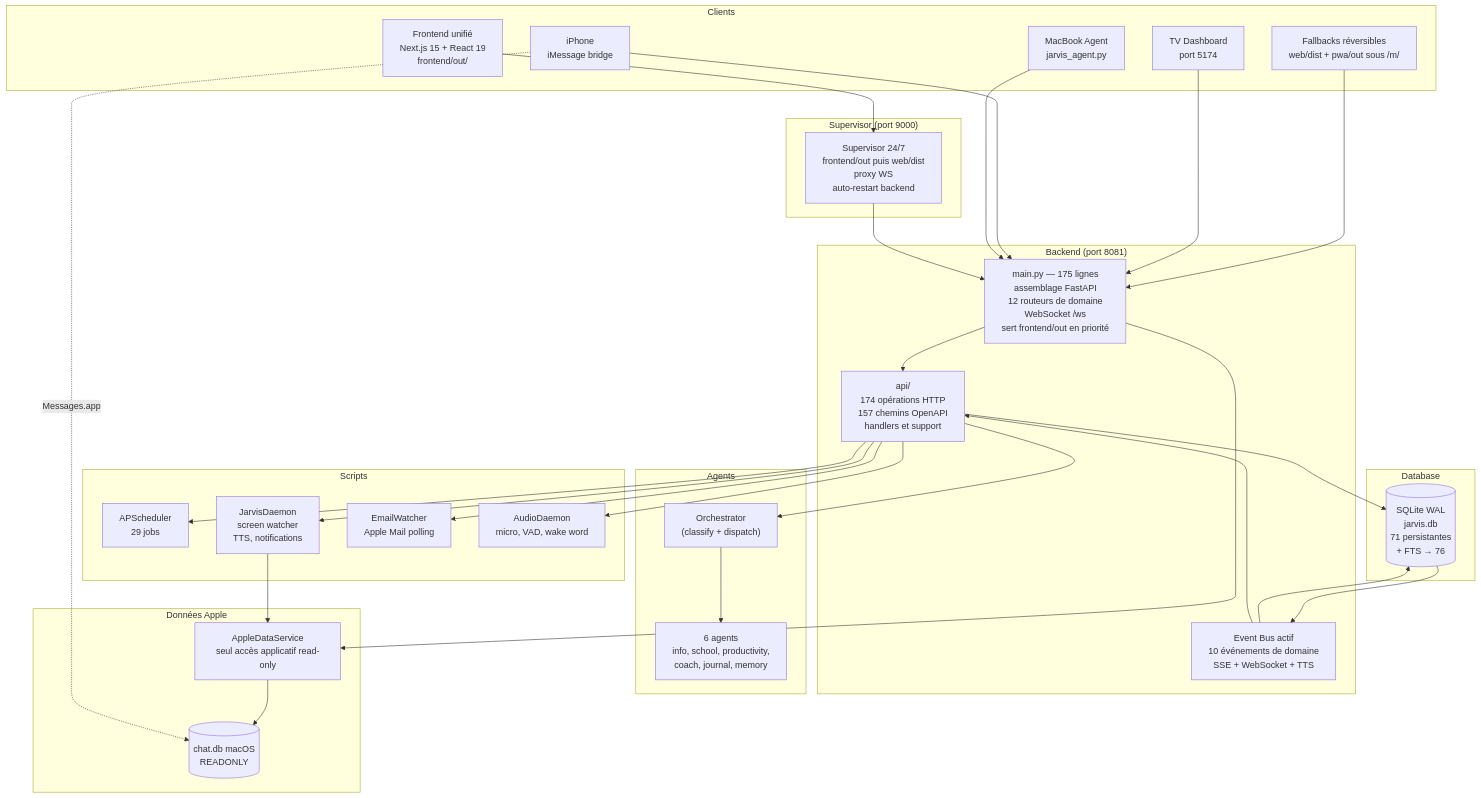
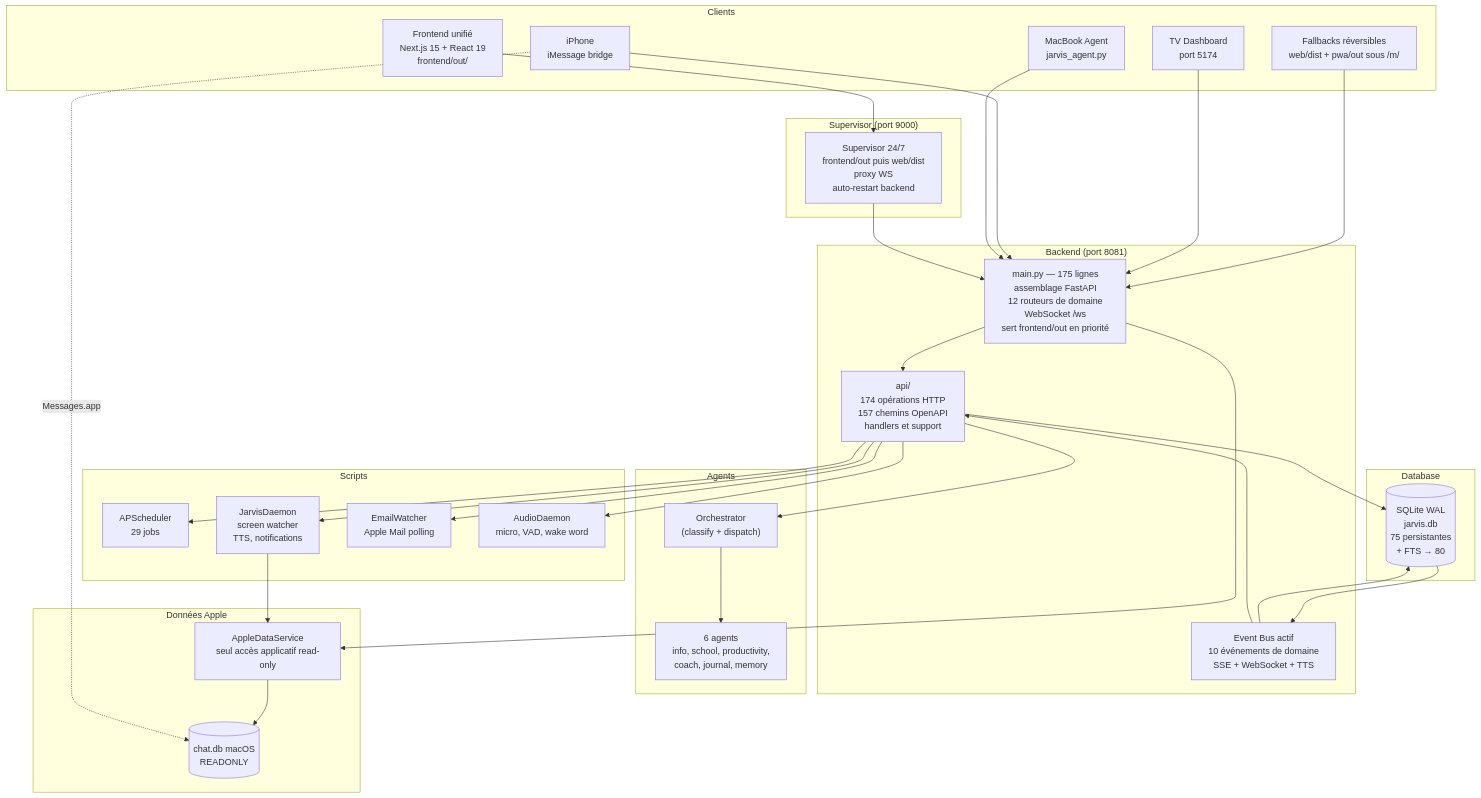
One commit to AVTAVANTTOUT2/JarvisAPI changed the first of 2 diagrams in Architecture/INDEX.md. Above: the diagram before and after it, drawn with Mermaid. The commit also changed other lines of this file and 28 other files, not shown here.

````diff
--- a/Architecture/INDEX.md
+++ b/Architecture/INDEX.md
@@ -108,63 +108,63 @@
 ```mermaid
 graph TB
     subgraph "Clients"
         FRONT["Frontend unifié<br/>Next.js 15 + React 19<br/>frontend/out/"]
         LEGACY["Fallbacks réversibles<br/>web/dist + pwa/out sous /m/"]
         TV["TV Dashboard<br/>port 5174"]
         IMESSAGE["iPhone<br/>iMessage bridge"]
         AGENT["MacBook Agent<br/>jarvis_agent.py"]
     end
 
     subgraph "Supervisor (port 9000)"
         SUP["Supervisor 24/7<br/>frontend/out puis web/dist<br/>proxy WS<br/>auto-restart backend"]
     end
 
     subgraph "Backend (port 8081)"
         MAIN["main.py — 175 lignes<br/>assemblage FastAPI<br/>12 routeurs de domaine<br/>WebSocket /ws<br/>sert frontend/out en priorité"]
         API["api/<br/>174 opérations HTTP<br/>157 chemins OpenAPI<br/>handlers et support"]
         BUS["Event Bus actif<br/>10 événements de domaine<br/>SSE + WebSocket + TTS"]
     end
 
     subgraph "Agents"
         ORCH["Orchestrator<br/>(classify + dispatch)"]
         AG["6 agents<br/>info, school, productivity,<br/>coach, journal, memory"]
     end
 
     subgraph "Database"
-        DB[(SQLite WAL<br/>jarvis.db<br/>71 persistantes<br/>+ FTS → 76)]
+        DB[(SQLite WAL<br/>jarvis.db<br/>75 persistantes<br/>+ FTS → 80)]
     end
 
     subgraph "Données Apple"
         APPLE["AppleDataService<br/>seul accès applicatif read-only"]
         CHATDB[(chat.db macOS<br/>READONLY)]
     end
 
     subgraph "Scripts"
         SCHED["APScheduler<br/>29 jobs"]
         DAEMON["JarvisDaemon<br/>screen watcher<br/>TTS, notifications"]
         EMAILW["EmailWatcher<br/>Apple Mail polling"]
         AUDIOD["AudioDaemon<br/>micro, VAD, wake word"]
     end
 
     FRONT --> SUP
     LEGACY --> MAIN
     TV --> MAIN
     IMESSAGE --> MAIN
     AGENT --> MAIN
     SUP --> MAIN
     MAIN --> API
     API --> ORCH
     ORCH --> AG
     API --> DB
     DB --> BUS
     BUS --> DB
     BUS --> API
     API --> SCHED
     API --> DAEMON
     API --> EMAILW
     API --> AUDIOD
     MAIN --> APPLE
     DAEMON --> APPLE
     APPLE --> CHATDB
     IMESSAGE -. "Messages.app" .-> CHATDB
 ```
````
